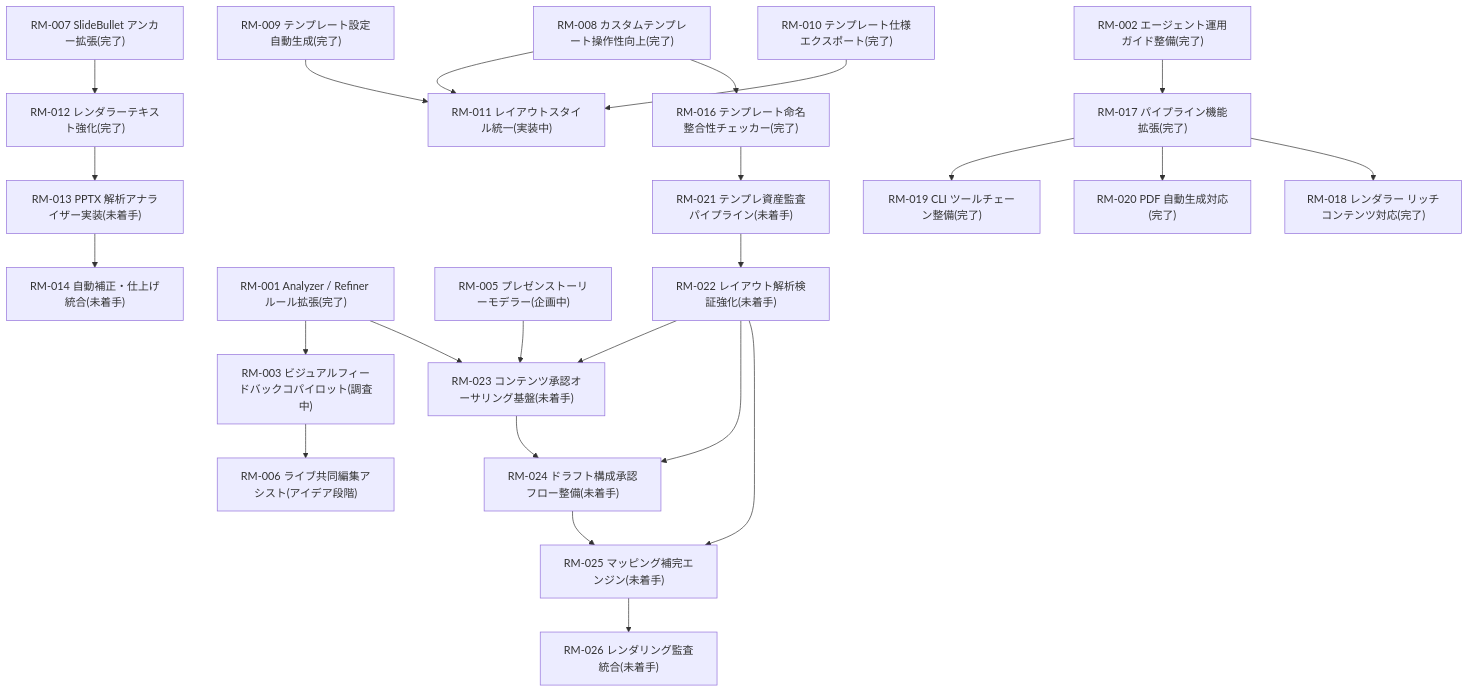
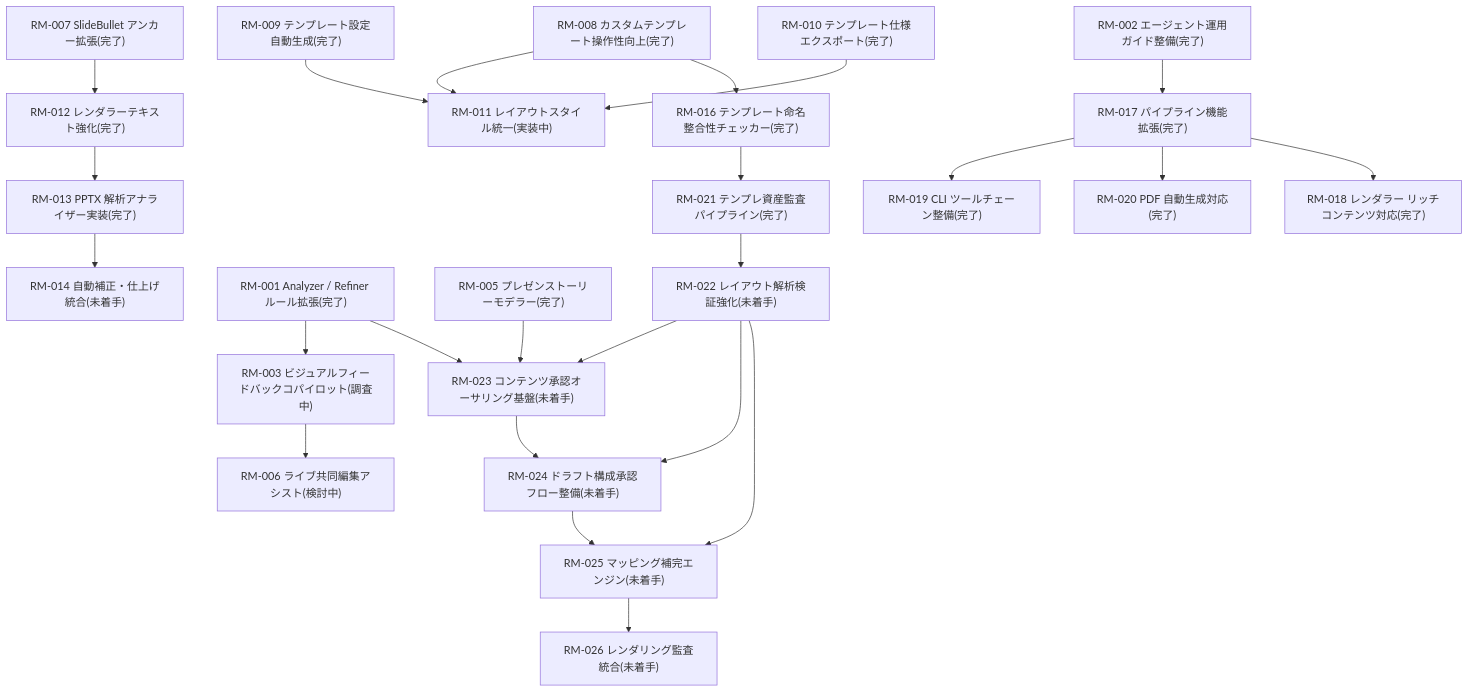
One commit to yurake/pptx_generator changed the diagram in docs/roadmap/README.md. Above: the diagram before and after it, drawn with Mermaid. The commit also changed other lines of this file, not shown here.

Commit message:
docs(roadmap): update rm statuses

````diff
--- a/docs/roadmap/README.md
+++ b/docs/roadmap/README.md
@@ -28,26 +28,26 @@
 ```mermaid
 graph TD
     RM007["RM-007 SlideBullet アンカー拡張(完了)"] --> RM012["RM-012 レンダラーテキスト強化(完了)"]
-    RM012 --> RM013["RM-013 PPTX 解析アナライザー実装(未着手)"]
+    RM012 --> RM013["RM-013 PPTX 解析アナライザー実装(完了)"]
     RM013 --> RM014["RM-014 自動補正・仕上げ統合(未着手)"]
     RM008["RM-008 カスタムテンプレート操作性向上(完了)"] --> RM011["RM-011 レイアウトスタイル統一(実装中)"]
     RM009["RM-009 テンプレート設定自動生成(完了)"] --> RM011
     RM010["RM-010 テンプレート仕様エクスポート(完了)"] --> RM011
     RM008 --> RM016["RM-016 テンプレート命名整合性チェッカー(完了)"]
-    RM016 --> RM021["RM-021 テンプレ資産監査パイプライン(未着手)"]
+    RM016 --> RM021["RM-021 テンプレ資産監査パイプライン(完了)"]
     RM001["RM-001 Analyzer / Refiner ルール拡張(完了)"] --> RM003["RM-003 ビジュアルフィードバックコパイロット(調査中)"]
     RM001 --> RM023["RM-023 コンテンツ承認オーサリング基盤(未着手)"]
-    RM005["RM-005 プレゼンストーリーモデラー(企画中)"] --> RM023
-    RM003 --> RM006["RM-006 ライブ共同編集アシスト(アイデア段階)"]
+    RM005["RM-005 プレゼンストーリーモデラー(完了)"] --> RM023
+    RM003 --> RM006["RM-006 ライブ共同編集アシスト(検討中)"]
     RM002["RM-002 エージェント運用ガイド整備(完了)"] --> RM017["RM-017 パイプライン機能拡張(完了)"]
     RM017 --> RM019["RM-019 CLI ツールチェーン整備(完了)"]
     RM017 --> RM020["RM-020 PDF 自動生成対応(完了)"]
     RM017 --> RM018["RM-018 レンダラー リッチコンテンツ対応(完了)"]
     RM021 --> RM022["RM-022 レイアウト解析検証強化(未着手)"]
     RM022 --> RM023
     RM022 --> RM024["RM-024 ドラフト構成承認フロー整備(未着手)"]
     RM023 --> RM024
     RM022 --> RM025["RM-025 マッピング補完エンジン(未着手)"]
     RM024 --> RM025
     RM025 --> RM026["RM-026 レンダリング監査統合(未着手)"]
 ```
````
